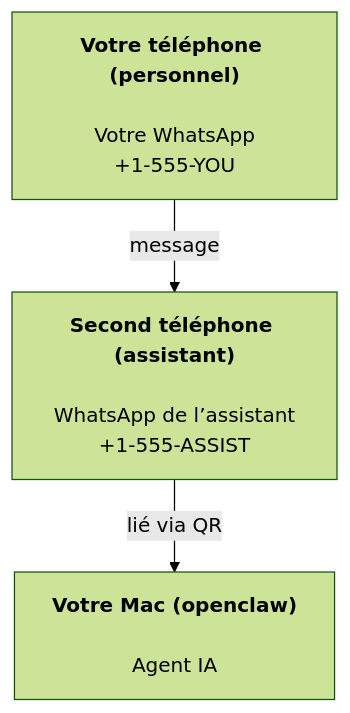
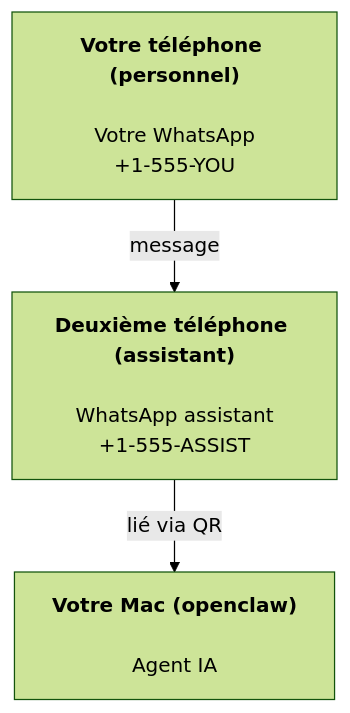
The diagram in docs/fr/start/openclaw.md (daichangya/openclaw-docs), drawn with Mermaid (forest theme) before and after one commit. The commit also changed other lines of this file and 440 other files, not shown here.

````diff
--- a/docs/fr/start/openclaw.md
+++ b/docs/fr/start/openclaw.md
@@ -43,5 +43,5 @@
 ```mermaid
 flowchart TB
-    A["<b>Votre téléphone (personnel)<br></b><br>Votre WhatsApp<br>+1-555-YOU"] -- message --> B["<b>Second téléphone (assistant)<br></b><br>WhatsApp de l’assistant<br>+1-555-ASSIST"]
+    A["<b>Votre téléphone (personnel)<br></b><br>Votre WhatsApp<br>+1-555-YOU"] -- message --> B["<b>Deuxième téléphone (assistant)<br></b><br>WhatsApp assistant<br>+1-555-ASSIST"]
     B -- lié via QR --> C["<b>Votre Mac (openclaw)<br></b><br>Agent IA"]
 ```
````
